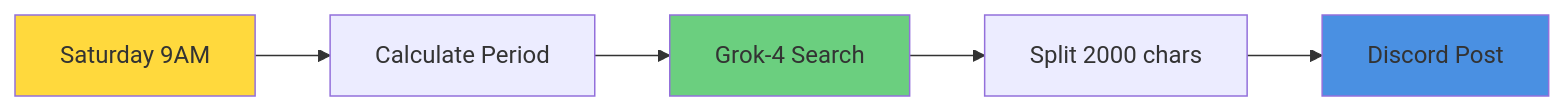
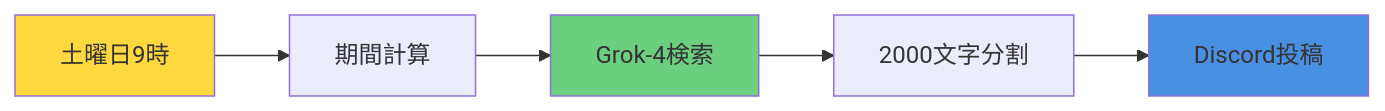
The first of 2 diagrams in README.md (x24ken/n8n-automation), drawn with Mermaid before and after one commit. The commit also changed other lines of this file, not shown here.

````diff
--- a/README.md
+++ b/README.md
@@ -85,11 +85,11 @@
 ```mermaid
 graph LR
-    A[Saturday 9AM] --> B[Calculate Period]
-    B --> C[Grok-4 Search]
-    C --> D[Split 2000 chars]
-    D --> E[Discord Post]
+    A[土曜日9時] --> B[期間計算]
+    B --> C[Grok-4検索]
+    C --> D[2000文字分割]
+    D --> E[Discord投稿]
     
     style A fill:#ffd93d
     style C fill:#6bcf7f
     style E fill:#4a90e2
 ```
````
